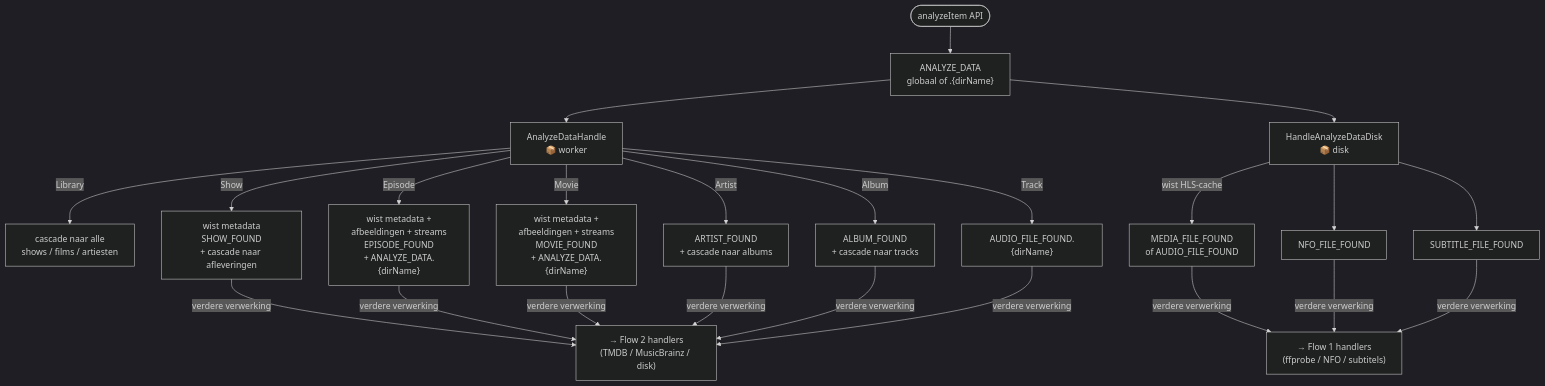
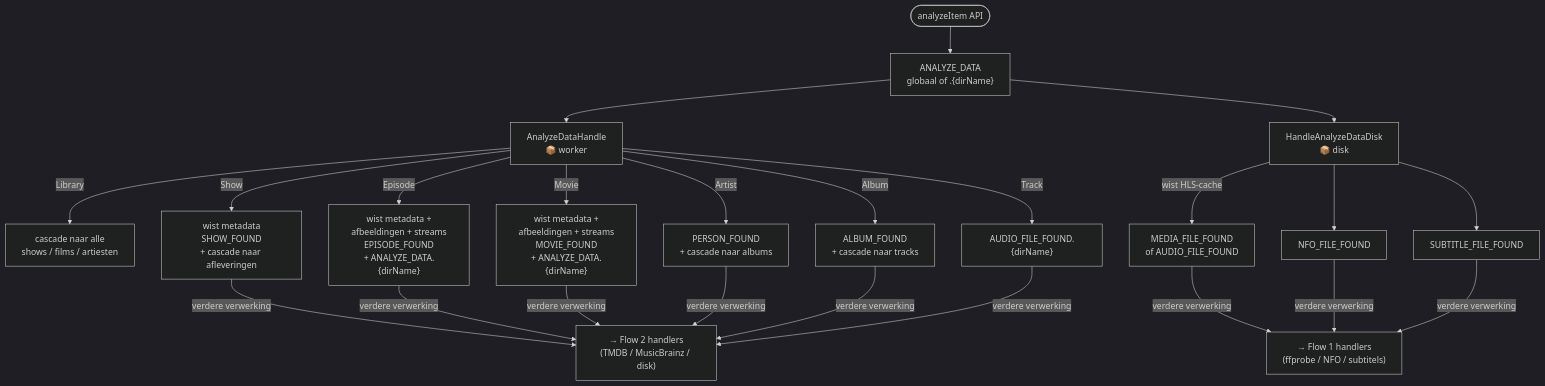
One commit to ister-app/server changed the fourth of 6 diagrams in EVENT_FLOWS.md. Above: the diagram before and after it, drawn with Mermaid (dark theme). The commit also changed other lines of this file and 84 other files, not shown here.

````diff
--- a/EVENT_FLOWS.md
+++ b/EVENT_FLOWS.md
@@ -118,24 +121,24 @@
 ```mermaid
 flowchart TD
     API([analyzeItem API]) --> A
 
     A["ANALYZE_DATA\nglobaal of .{dirName}"]
 
     A --> W["AnalyzeDataHandle\n📦 worker"]
     A --> D["HandleAnalyzeDataDisk\n📦 disk"]
 
     W -->|Library| W1["cascade naar alle\nshows / films / artiesten"]
     W -->|Show| W2["wist metadata\nSHOW_FOUND\n+ cascade naar afleveringen"]
     W -->|Episode| W3["wist metadata +\nafbeeldingen + streams\nEPISODE_FOUND\n+ ANALYZE_DATA.{dirName}"]
     W -->|Movie| W4["wist metadata +\nafbeeldingen + streams\nMOVIE_FOUND\n+ ANALYZE_DATA.{dirName}"]
-    W -->|Artist| W5["ARTIST_FOUND\n+ cascade naar albums"]
+    W -->|Artist| W5["PERSON_FOUND\n+ cascade naar albums"]
     W -->|Album| W6["ALBUM_FOUND\n+ cascade naar tracks"]
     W -->|Track| W7["AUDIO_FILE_FOUND.{dirName}"]
 
     D -->|"wist HLS-cache"| D1["MEDIA_FILE_FOUND\nof AUDIO_FILE_FOUND"]
     D --> D2["NFO_FILE_FOUND"]
     D --> D3["SUBTITLE_FILE_FOUND"]
 
     W2 & W3 & W4 & W5 & W6 & W7 -->|"verdere verwerking"| FLOWS["→ Flow 2 handlers\n(TMDB / MusicBrainz / disk)"]
     D1 & D2 & D3 -->|"verdere verwerking"| FLOWS2["→ Flow 1 handlers\n(ffprobe / NFO / subtitels)"]
 ```
````
